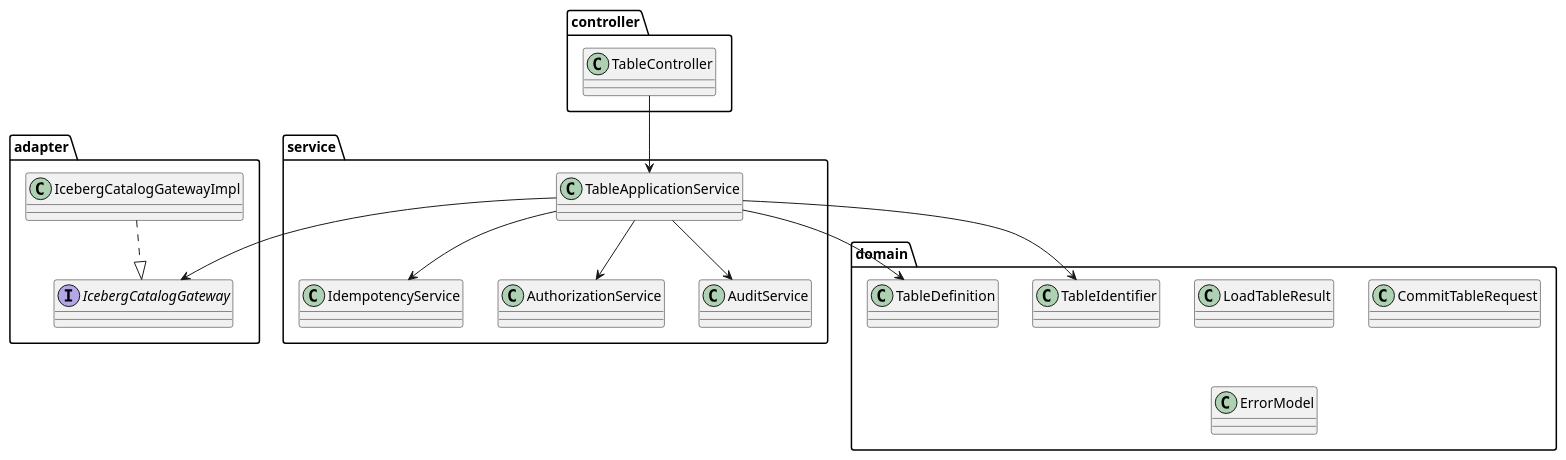
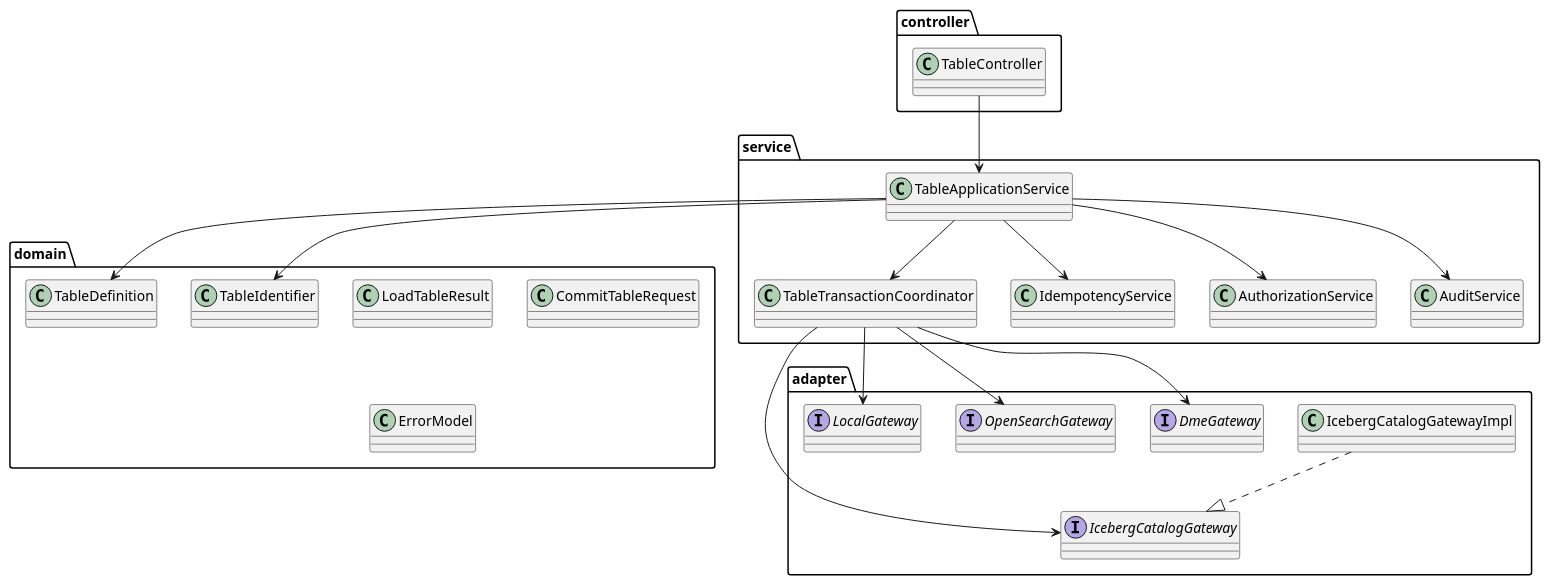
One commit to jingwang-0415/codex changed the fourth of 17 diagrams in Iceberg_Table接口能力_软件实现设计说明书.md. Above: the diagram before and after it, drawn with PlantUML. The commit also changed other lines of this file, not shown here.

Commit message:
Add saga-based consistency design to Iceberg table spec

````diff
--- a/Iceberg_Table接口能力_软件实现设计说明书.md
+++ b/Iceberg_Table接口能力_软件实现设计说明书.md
@@ -92,33 +187,41 @@
 ```plantuml
 @startuml
 package "controller" {
   class TableController
 }
 package "service" {
   class TableApplicationService
+  class TableTransactionCoordinator
   class IdempotencyService
   class AuthorizationService
   class AuditService
 }
 package "domain" {
   class TableIdentifier
   class TableDefinition
   class LoadTableResult
   class CommitTableRequest
   class ErrorModel
 }
 package "adapter" {
   interface IcebergCatalogGateway
   class IcebergCatalogGatewayImpl
+  interface DmeGateway
+  interface OpenSearchGateway
+  interface LocalGateway
 }
 
 TableController --> TableApplicationService
+TableApplicationService --> TableTransactionCoordinator
+TableTransactionCoordinator --> DmeGateway
+TableTransactionCoordinator --> OpenSearchGateway
+TableTransactionCoordinator --> LocalGateway
 TableApplicationService --> IdempotencyService
 TableApplicationService --> AuthorizationService
 TableApplicationService --> AuditService
-TableApplicationService --> IcebergCatalogGateway
+TableTransactionCoordinator --> IcebergCatalogGateway
 TableApplicationService --> TableIdentifier
 TableApplicationService --> TableDefinition
 IcebergCatalogGatewayImpl ..|> IcebergCatalogGateway
 @enduml
 ```
````
